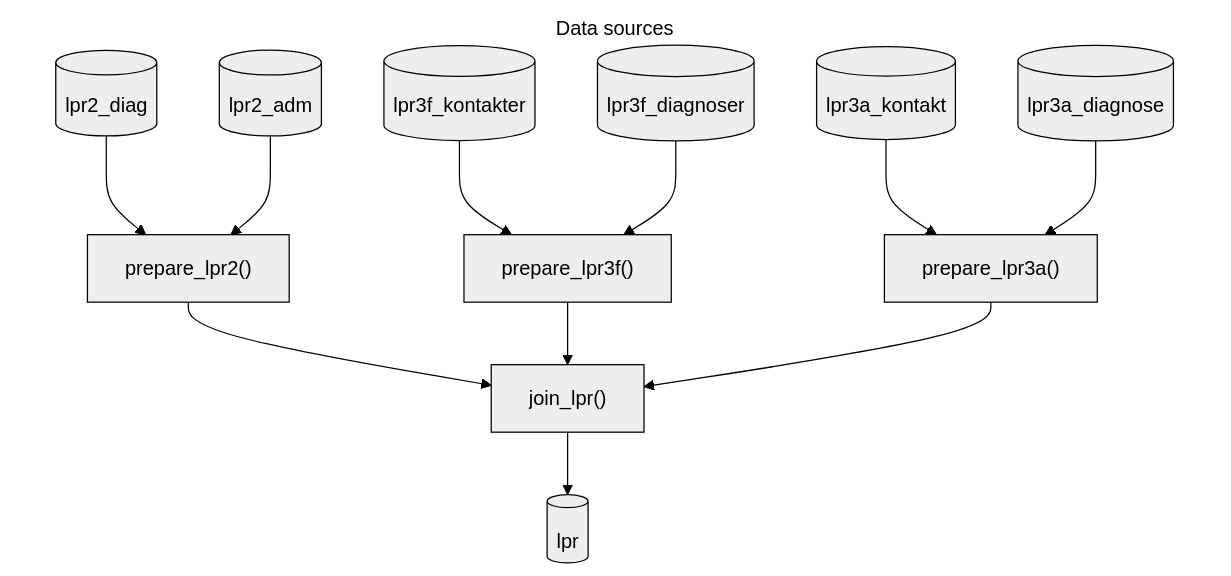
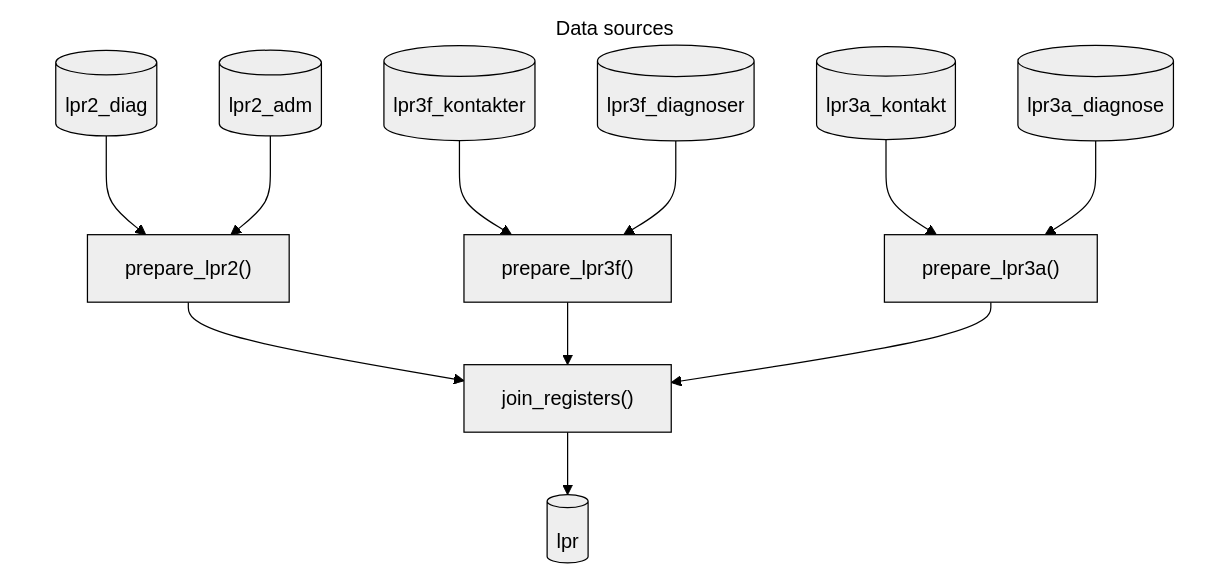
One commit to steno-aarhus/osdc changed the diagram in vignettes/design.qmd. Above: the diagram before and after it, drawn with Mermaid (forest theme). The commit also changed other lines of this file and 11 other files, not shown here.

First line of the commit message:
refactor: ♻️ `join_registers()` using `union` (#538)

````diff
--- a/vignettes/design.qmd
+++ b/vignettes/design.qmd
@@ -184,24 +183,24 @@
 ```{mermaid}
 %%| label: fig-prepare-lpr-flow
 %%| fig-cap: "Flow diagram showing the different data sources needed for the `prepare_lpr*()` functions and how they are processed and joined together before entering into `classify_diabetes()`."
 flowchart TB
   subgraph data_sources["Data sources"]
     lpr2_diag[("lpr2_diag")]
     lpr2_adm[("lpr2_adm")]
     lpr3a_kontakt[("lpr3a_kontakt")]
     lpr3a_diagnose[("lpr3a_diagnose")]
     lpr3f_kontakter[("lpr3f_kontakter")]
     lpr3f_diagnoser[("lpr3f_diagnoser")]
   end
 
   lpr2_diag & lpr2_adm --> prepare_lpr2["prepare_lpr2()"]
   lpr3f_kontakter & lpr3f_diagnoser --> prepare_lpr3f["prepare_lpr3f()"]
   lpr3a_kontakt & lpr3a_diagnose --> prepare_lpr3a["prepare_lpr3a()"]
 
-  prepare_lpr2 & prepare_lpr3f & prepare_lpr3a --> join_lpr["join_lpr()"]
-  join_lpr --> lpr[(lpr)]
+  prepare_lpr2 & prepare_lpr3f & prepare_lpr3a --> join_registers["join_registers()"]
+  join_registers --> lpr[(lpr)]
 
   %% Styling
   classDef default fill:#EEEEEE, color:#000000, stroke:#000000
   style data_sources fill:#FFFFFF, color:#000000, stroke-width:0px
 ```
````
